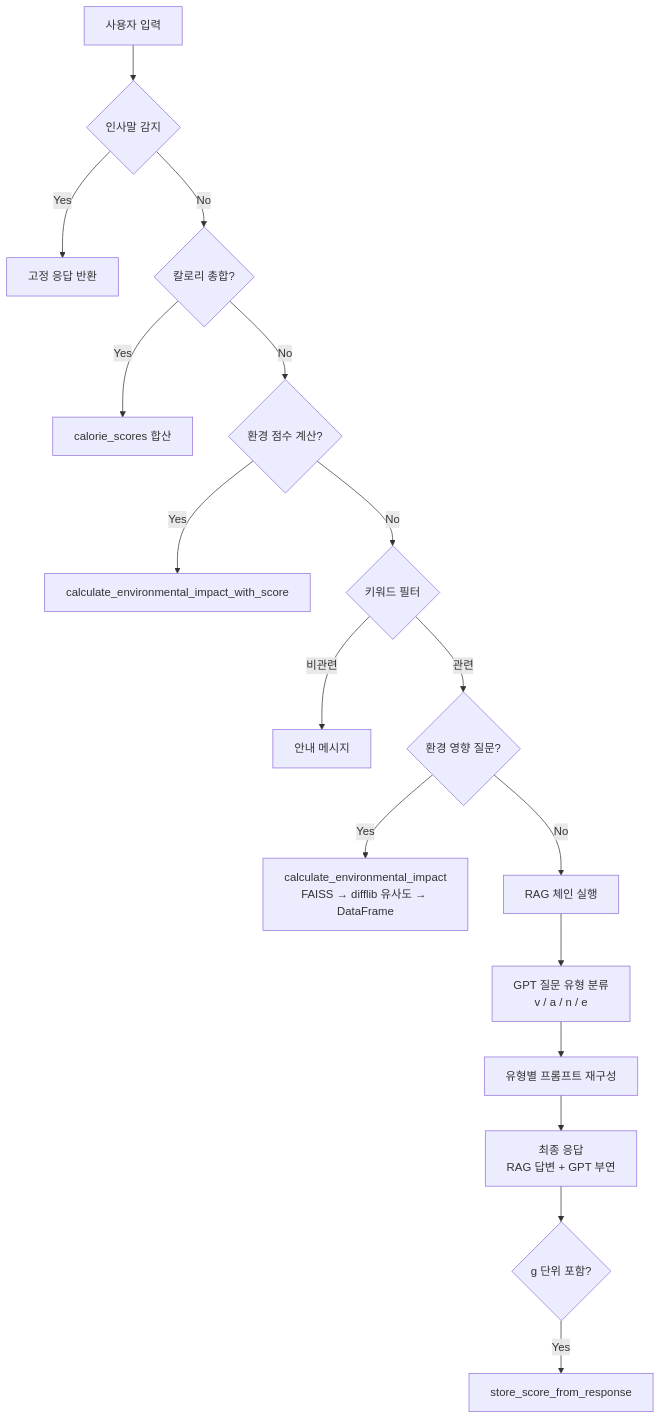
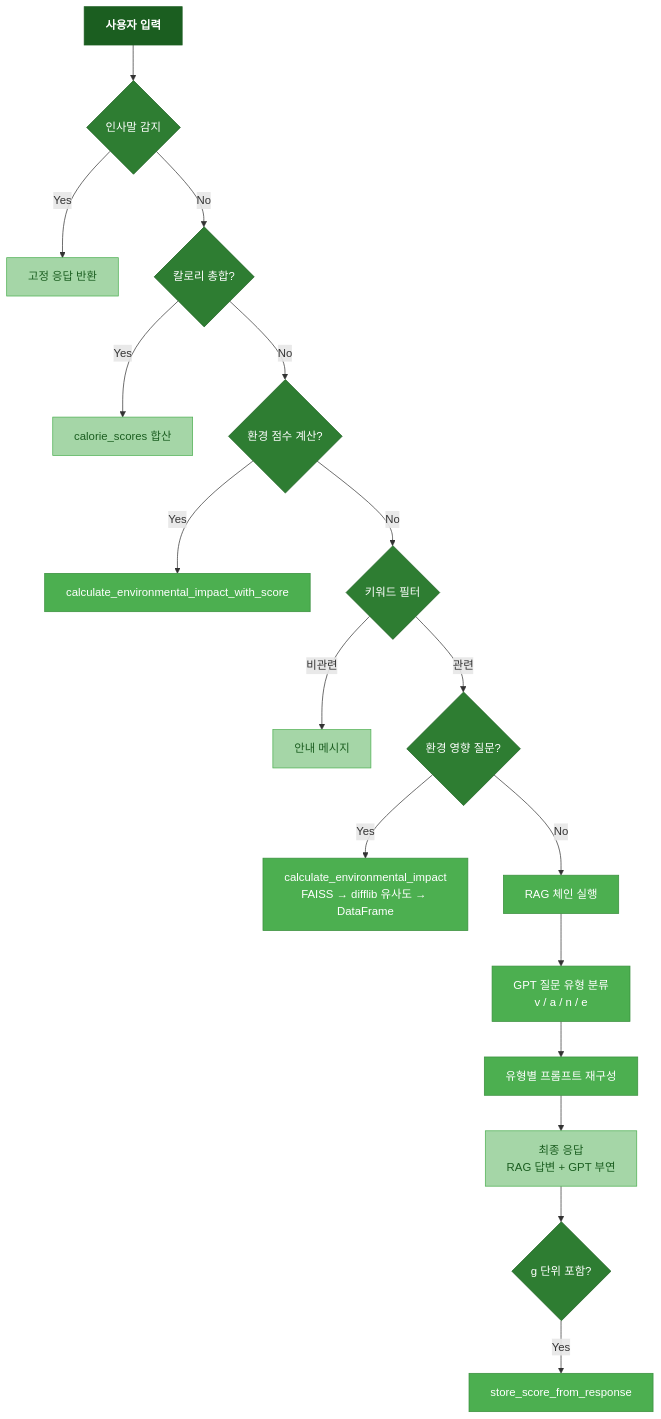
The second of 3 diagrams in README.md (young017/VEGAN), drawn with Mermaid before and after one commit. The commit also changed other lines of this file, not shown here.

````diff
--- a/README.md
+++ b/README.md
@@ -41,19 +43,24 @@
 ```mermaid
 flowchart TD
-    A[사용자 입력] --> B{인사말 감지}
-    B -->|Yes| C[고정 응답 반환]
-    B -->|No| D{칼로리 총합?}
-    D -->|Yes| E[calorie_scores 합산]
-    D -->|No| F{환경 점수 계산?}
-    F -->|Yes| G[calculate_environmental_impact_with_score]
-    F -->|No| H{키워드 필터}
-    H -->|비관련| I[안내 메시지]
-    H -->|관련| J{환경 영향 질문?}
-    J -->|Yes| K[calculate_environmental_impact\nFAISS → difflib 유사도 → DataFrame]
-    J -->|No| L[RAG 체인 실행]
-    L --> M[GPT 질문 유형 분류\nv / a / n / e]
-    M --> N[유형별 프롬프트 재구성]
-    N --> O[최종 응답\nRAG 답변 + GPT 부연]
-    O --> P{g 단위 포함?}
-    P -->|Yes| Q[store_score_from_response]
+    classDef input  fill:#1b5e20,stroke:#1b5e20,color:#fff,font-weight:bold
+    classDef decide fill:#2E7D32,stroke:#1b5e20,color:#fff
+    classDef proc   fill:#4CAF50,stroke:#388E3C,color:#fff
+    classDef out    fill:#A5D6A7,stroke:#4CAF50,color:#1b5e20
+
+    A[사용자 입력]:::input --> B{인사말 감지}:::decide
+    B -->|Yes| C[고정 응답 반환]:::out
+    B -->|No| D{칼로리 총합?}:::decide
+    D -->|Yes| E[calorie_scores 합산]:::out
+    D -->|No| F{환경 점수 계산?}:::decide
+    F -->|Yes| G[calculate_environmental_impact_with_score]:::proc
+    F -->|No| H{키워드 필터}:::decide
+    H -->|비관련| I[안내 메시지]:::out
+    H -->|관련| J{환경 영향 질문?}:::decide
+    J -->|Yes| K[calculate_environmental_impact\nFAISS → difflib 유사도 → DataFrame]:::proc
+    J -->|No| L[RAG 체인 실행]:::proc
+    L --> M[GPT 질문 유형 분류\nv / a / n / e]:::proc
+    M --> N[유형별 프롬프트 재구성]:::proc
+    N --> O[최종 응답\nRAG 답변 + GPT 부연]:::out
+    O --> P{g 단위 포함?}:::decide
+    P -->|Yes| Q[store_score_from_response]:::proc
 ```
````
